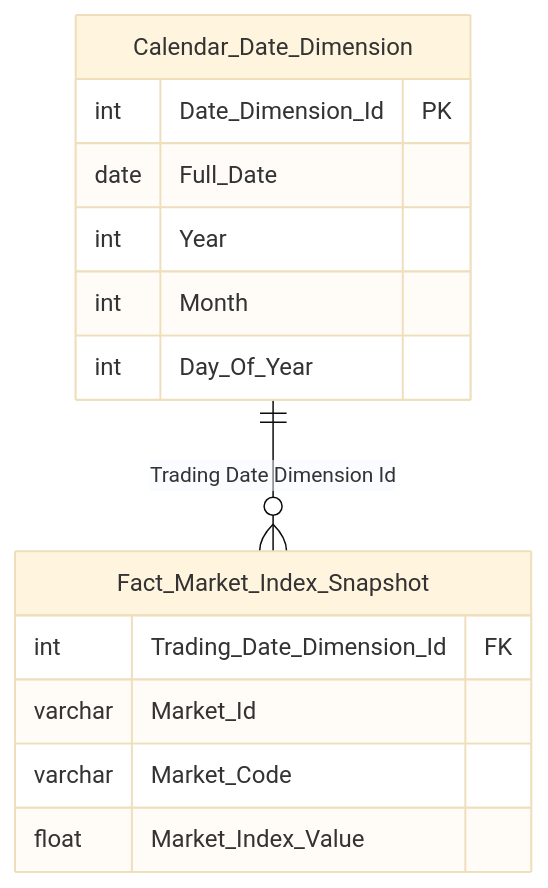
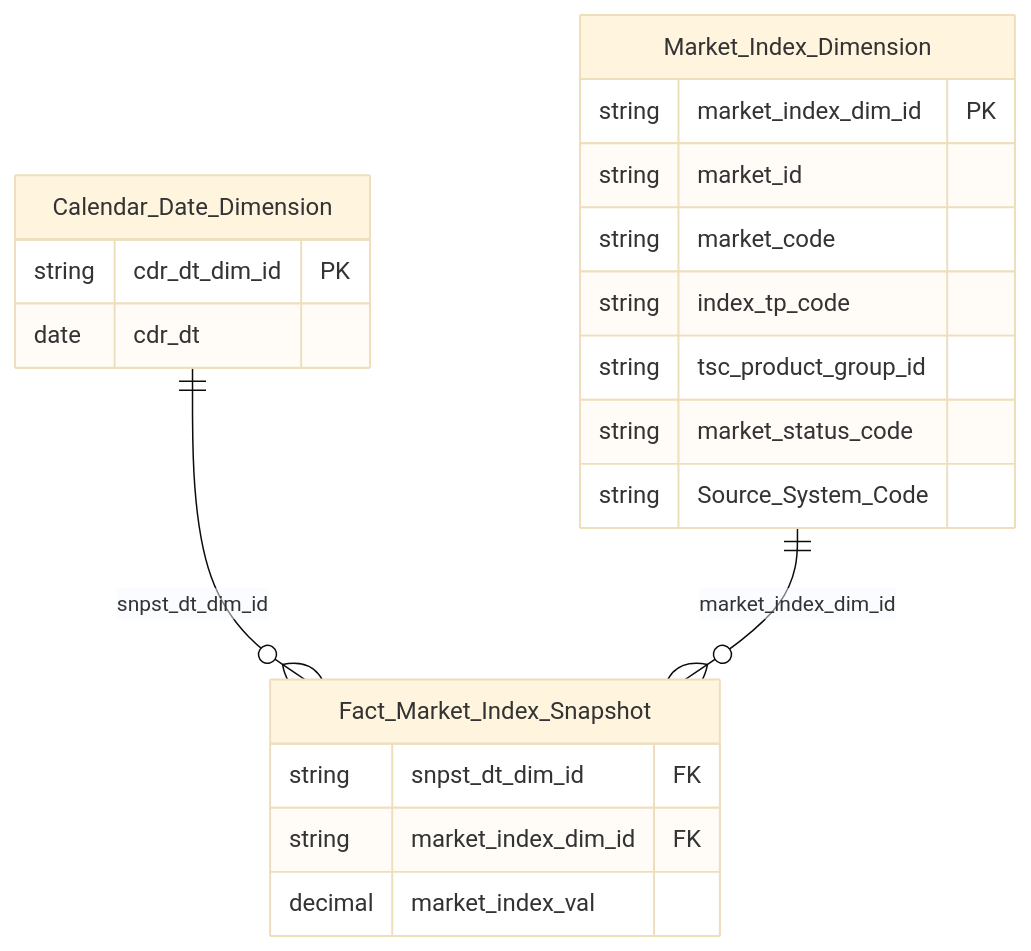
One commit to linhlvit/ubck_atomic_design changed diagram 12 of 26 in Datamart/hld/DTM_NDTNN_HLD.md. Above: the diagram before and after it, drawn with Mermaid (base theme). The commit also changed other lines of this file and 62 other files, not shown here.

````diff
--- a/Datamart/hld/DTM_NDTNN_HLD.md
+++ b/Datamart/hld/DTM_NDTNN_HLD.md
@@ -579,18 +620,24 @@
 ```mermaid
 erDiagram
     Calendar_Date_Dimension {
-        int Date_Dimension_Id PK
-        date Full_Date
-        int Year
-        int Month
-        int Day_Of_Year
+        string cdr_dt_dim_id PK
+        date cdr_dt
+    }
+    Market_Index_Dimension {
+        string market_index_dim_id PK
+        string market_id
+        string market_code
+        string index_tp_code
+        string tsc_product_group_id
+        string market_status_code
+        string Source_System_Code
     }
     Fact_Market_Index_Snapshot {
-        int Trading_Date_Dimension_Id FK
-        varchar Market_Id
-        varchar Market_Code
-        float Market_Index_Value
+        string snpst_dt_dim_id FK
+        string market_index_dim_id FK
+        decimal market_index_val
     }
 
-    Calendar_Date_Dimension ||--o{ Fact_Market_Index_Snapshot : "Trading Date Dimension Id"
+    Calendar_Date_Dimension ||--o{ Fact_Market_Index_Snapshot : "snpst_dt_dim_id"
+    Market_Index_Dimension ||--o{ Fact_Market_Index_Snapshot : "market_index_dim_id"
 ```
````
